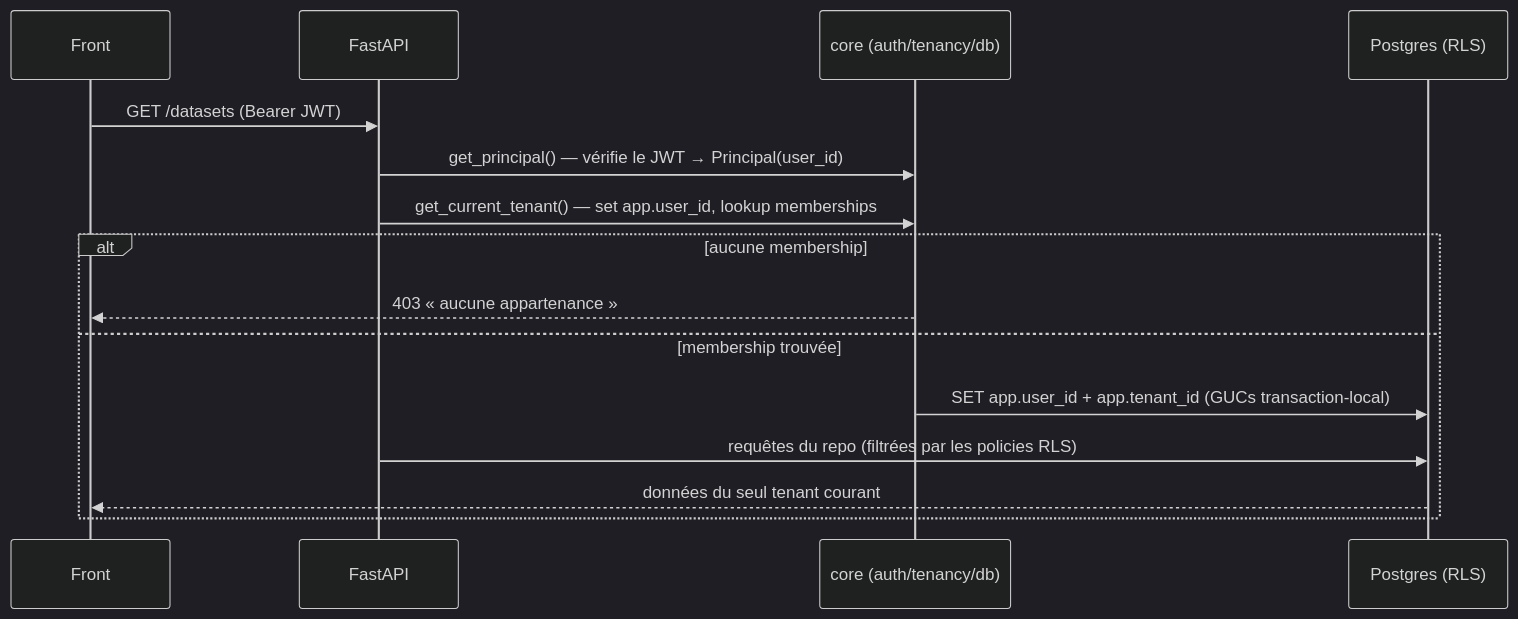
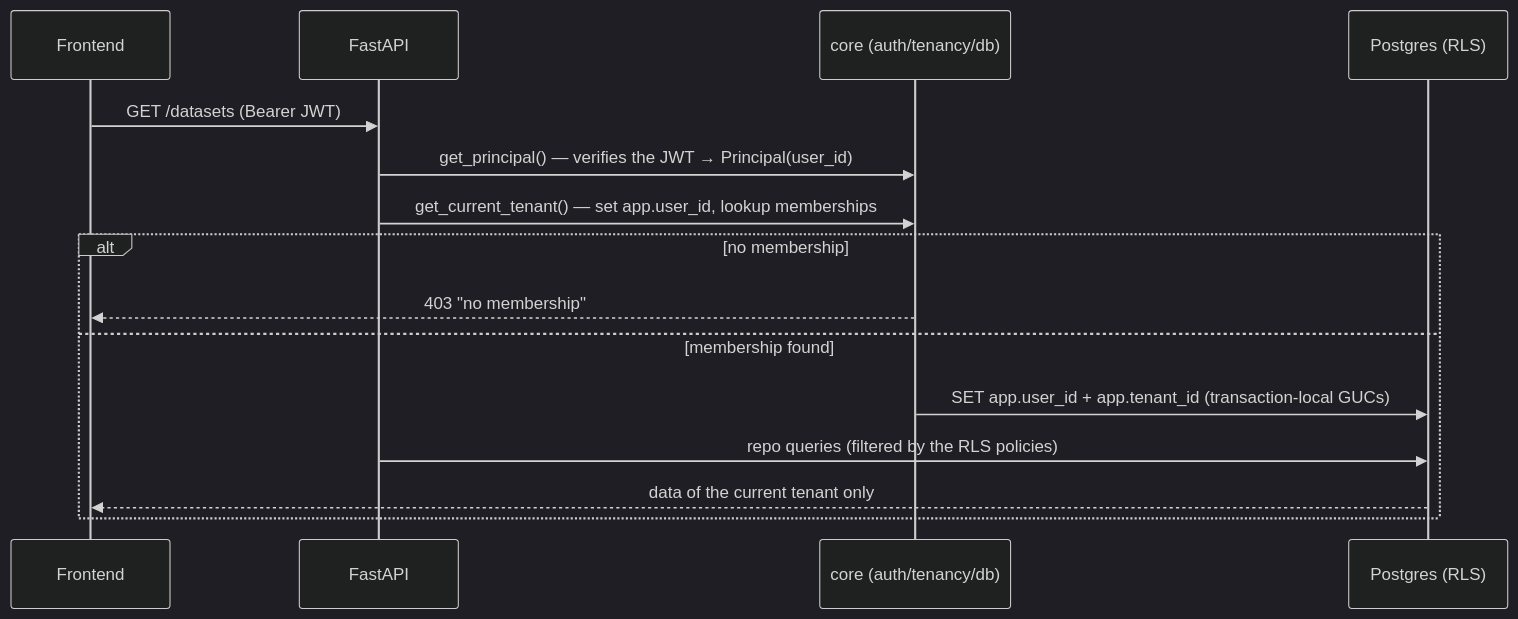
Before and after one commit to Git-Newfeatures/augura-platform-nde-dev: the second of 4 diagrams in DESIGN.md, drawn with Mermaid (dark theme). The commit also changed other lines of this file and 262 other files, not shown here.

````diff
--- a/DESIGN.md
+++ b/DESIGN.md
@@ -76,18 +76,18 @@
 ```mermaid
 sequenceDiagram
-  participant W as Front
+  participant W as Frontend
   participant API as FastAPI
   participant Core as core (auth/tenancy/db)
   participant PG as Postgres (RLS)
 
   W->>API: GET /datasets (Bearer JWT)
-  API->>Core: get_principal() — vérifie le JWT → Principal(user_id)
+  API->>Core: get_principal() — verifies the JWT → Principal(user_id)
   API->>Core: get_current_tenant() — set app.user_id, lookup memberships
-  alt aucune membership
-    Core-->>W: 403 « aucune appartenance »
-  else membership trouvée
-    Core->>PG: SET app.user_id + app.tenant_id (GUCs transaction-local)
-    API->>PG: requêtes du repo (filtrées par les policies RLS)
-    PG-->>W: données du seul tenant courant
+  alt no membership
+    Core-->>W: 403 "no membership"
+  else membership found
+    Core->>PG: SET app.user_id + app.tenant_id (transaction-local GUCs)
+    API->>PG: repo queries (filtered by the RLS policies)
+    PG-->>W: data of the current tenant only
   end
 ```
````
